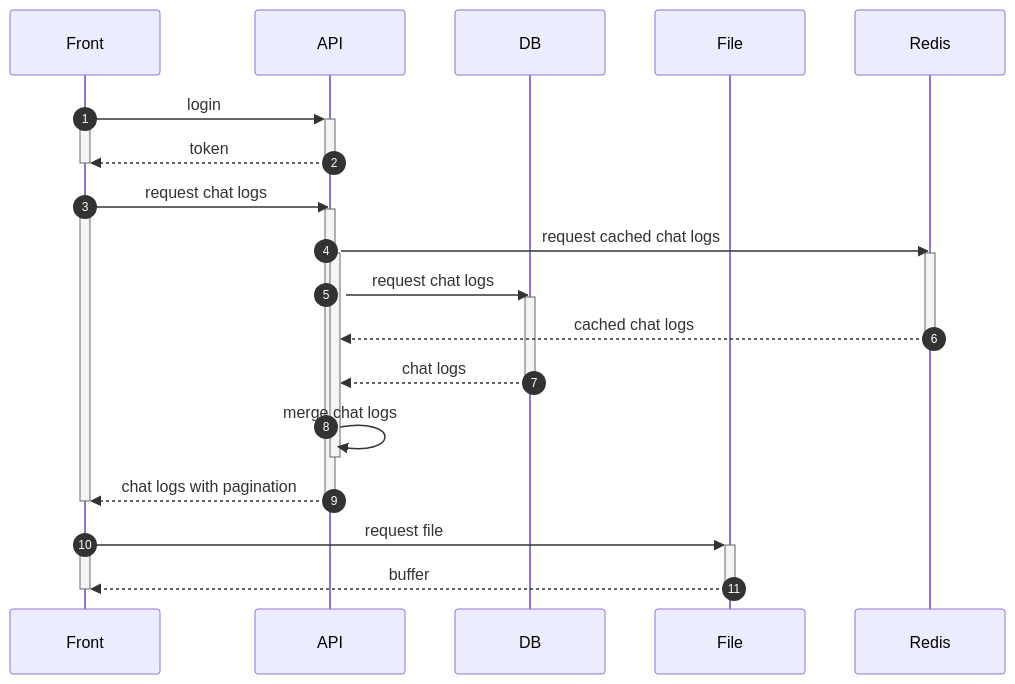
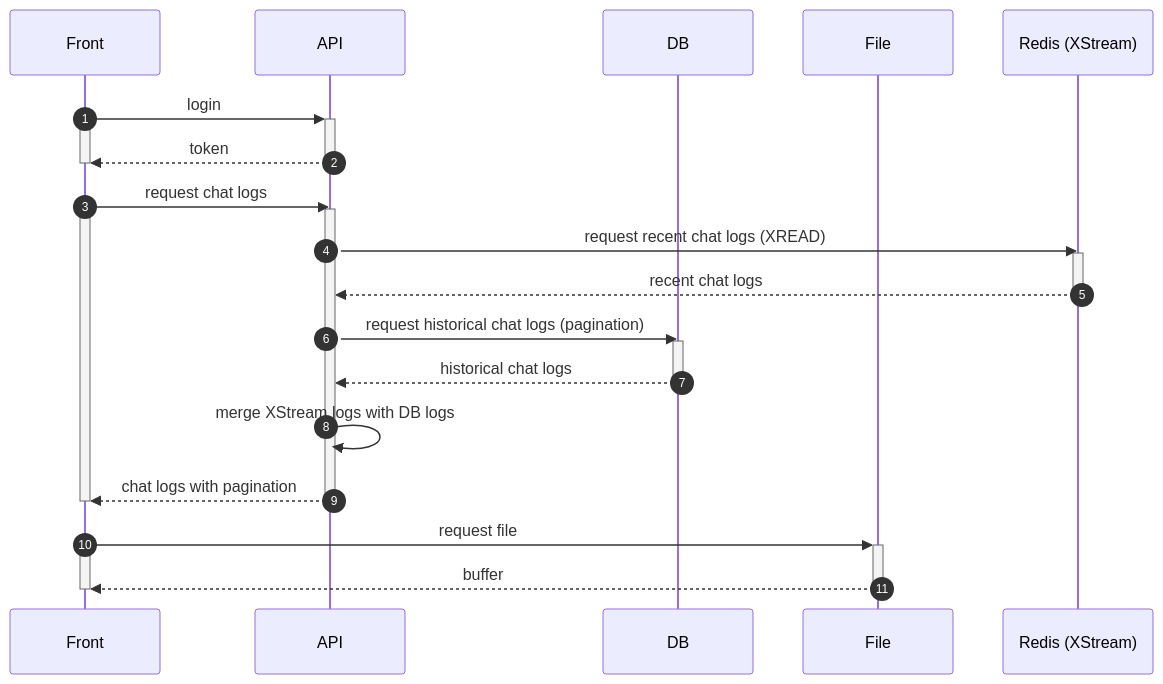
Before and after one commit to 0vollov0/chatting-server: the third of 3 diagrams in README.md, drawn with Mermaid. The commit also changed other lines of this file, not shown here.

````diff
--- a/README.md
+++ b/README.md
@@ -205,39 +167,39 @@
 ```mermaid
 sequenceDiagram
   participant front as Front
   participant api as API
   participant db as DB
   participant file as File
-  participant redis as Redis
+  participant redis as Redis (XStream)
   
   autonumber
   
   front ->>+ api: login
   activate front
   api -->>- front: token
   deactivate front
 
   front ->> api: request chat logs
   activate front
   activate api
-  api ->> redis: request cached chat logs
+
+  api ->> redis: request recent chat logs (XREAD)
   activate redis
-  activate api
-  api ->> db: request chat logs
+  redis -->> api: recent chat logs
+  deactivate redis
+
+  api ->> db: request historical chat logs (pagination)
   activate db
-  redis -->> api: cached chat logs
-  deactivate redis
-  db -->> api: chat logs
+  db -->> api: historical chat logs
   deactivate db
-  api ->> api: merge chat logs
-  deactivate api
+
+  api ->> api: merge XStream logs with DB logs
   api -->> front: chat logs with pagination
   deactivate api
   deactivate front
 
   front ->>+ file: request file
   activate front
   file -->>- front: buffer
   deactivate front
-
 ```
````
